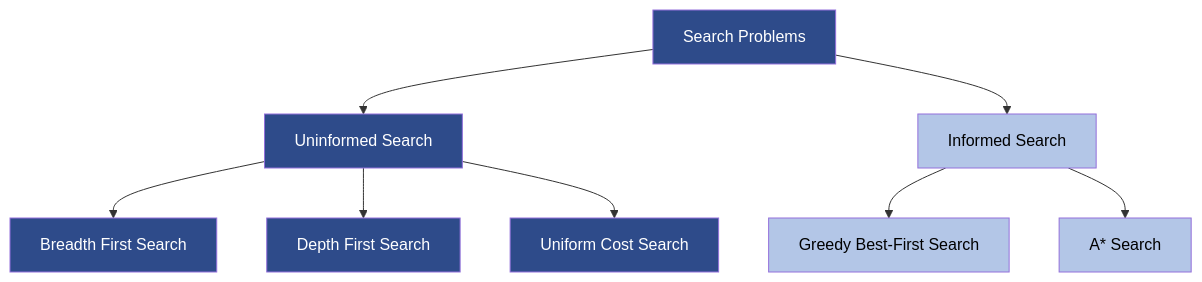
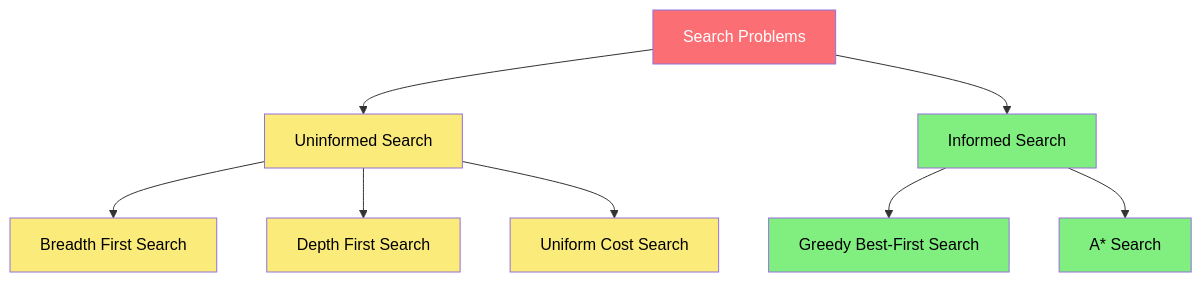
Before and after one commit to Chaklader/progression-search-agent: the diagram in C_1.md, drawn with Mermaid. The commit also changed 1 other file, not shown here.

````diff
--- a/C_1.md
+++ b/C_1.md
@@ -102,22 +102,22 @@
 ```mermaid
 graph TD
     A["Search Problems"] --> B["Uninformed Search"]
     A --> C["Informed Search"]
 
 
 B --> D["Breadth First Search"]
 B --> E["Depth First Search"]
 B --> F["Uniform Cost Search"]
 
 C --> G["Greedy Best-First Search"]
 C --> H["A* Search"]
 
 %% Styling
-classDef uninformed fill:#2e4b8a,color:white
-classDef informed fill:#b3c6e7,color:black
-classDef mainTitle fill:#2e4b8a,color:white
+classDef uninformed fill:#FAEB7B,color:black
+classDef informed fill:#80EF80,color:black
+classDef mainTitle fill:#FB6F74,color:white
 
 class A mainTitle
 class B,D,E,F uninformed
 class C,G,H informed
 ```
````
